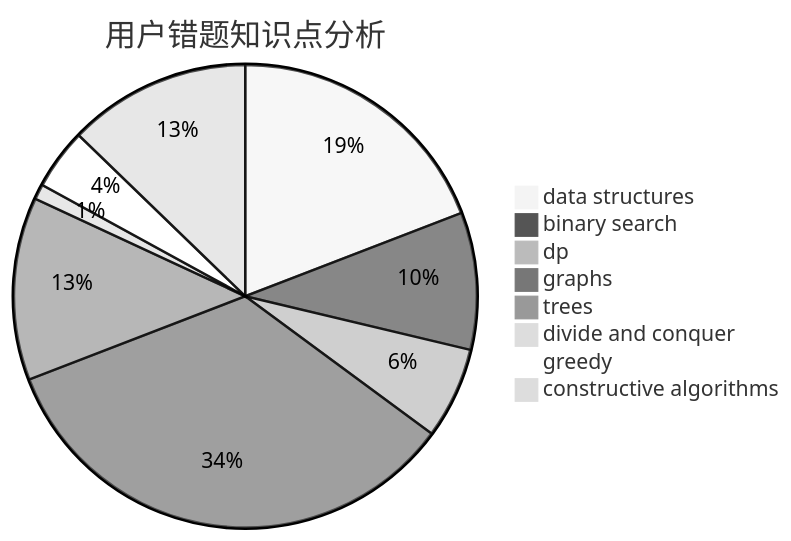
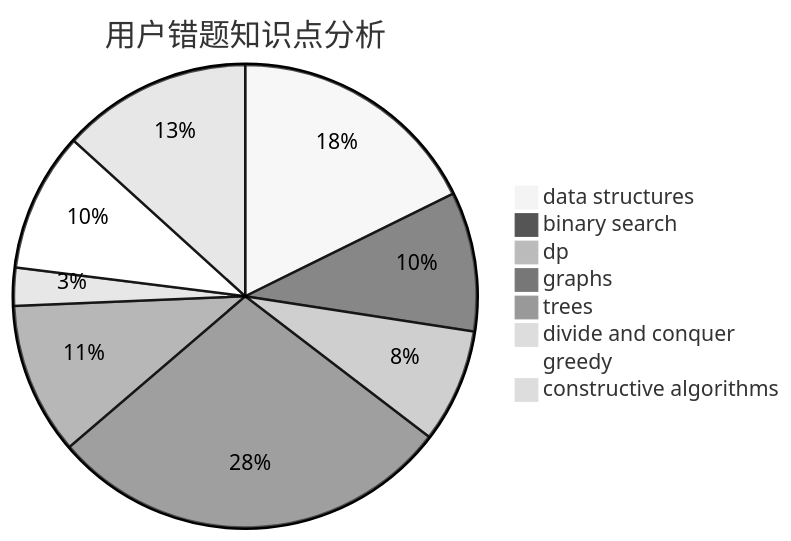
The third of 3 diagrams in docs/user/u1350.md (sherpahu/cfrs.github.io), drawn with Mermaid (neutral theme) before and after one commit. The commit also changed other lines of this file and 2770 other files, not shown here.

````diff
--- a/docs/user/u1350.md
+++ b/docs/user/u1350.md
@@ -36,11 +36,11 @@
 ```mermaid
 pie title 用户错题知识点分析
-    "data structures" :  18
-    "binary search" :  9
-    "dp" :  6
+    "data structures" :  20
+    "binary search" :  11
+    "dp" :  9
     "graphs" :  32
     "trees" :  12
-    "divide and conquer" :  1
-    "greedy" :  4
-    "constructive algorithms" :  12
+    "divide and conquer" :  3
+    "greedy" :  11
+    "constructive algorithms" :  15
 ```
````
